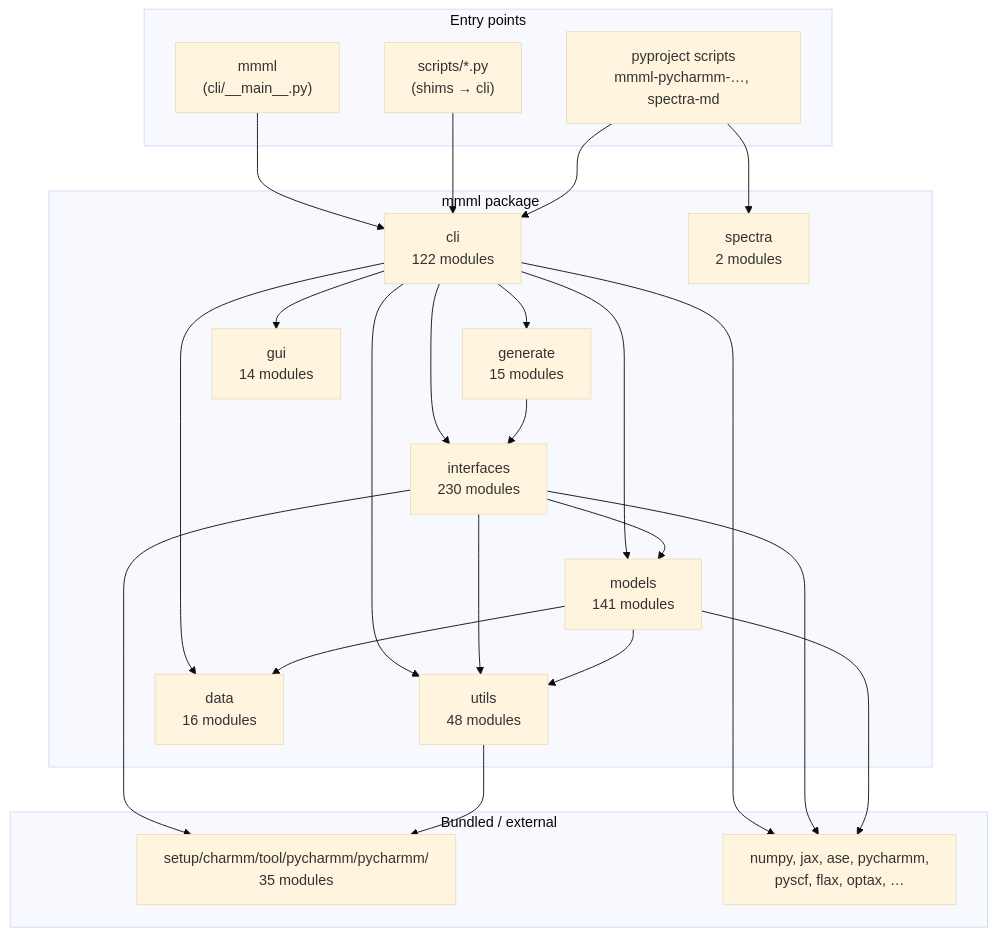
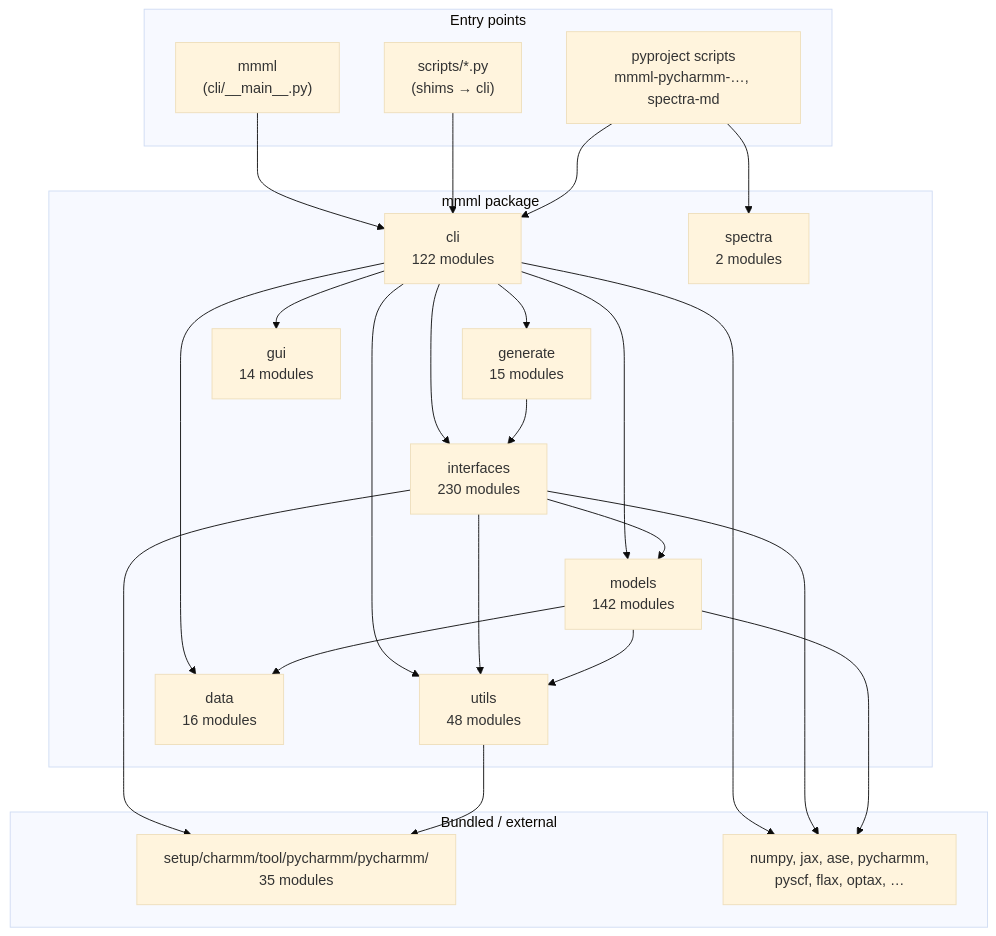
One commit to EricBoittier/mmml changed the first of 8 diagrams in docs/package-architecture.md. Above: the diagram before and after it, drawn with Mermaid (base theme). The commit also changed 8 other files, not shown here.

````diff
--- a/docs/package-architecture.md
+++ b/docs/package-architecture.md
@@ -13,48 +13,48 @@
 ```mermaid
 flowchart TB
   subgraph entry["Entry points"]
     MMML["mmml\n(cli/__main__.py)"]
     SCRIPTS["scripts/*.py\n(shims → cli)"]
     PKG["pyproject scripts\nmmml-pycharmm-…, spectra-md"]
   end
 
   subgraph mmml_pkg["mmml package"]
     CLI["cli\n122 modules"]
     IFACE["interfaces\n230 modules"]
-    MODELS["models\n141 modules"]
+    MODELS["models\n142 modules"]
     UTILS["utils\n48 modules"]
     DATA["data\n16 modules"]
     GEN["generate\n15 modules"]
     GUI["gui\n14 modules"]
     SPEC["spectra\n2 modules"]
   end
 
   subgraph vendor["Bundled / external"]
     PYCH["setup/charmm/tool/pycharmm/pycharmm/\n35 modules"]
     EXT["numpy, jax, ase, pycharmm,\npyscf, flax, optax, …"]
   end
 
   MMML --> CLI
   SCRIPTS --> CLI
   PKG --> CLI
   PKG --> SPEC
 
   CLI --> IFACE
   CLI --> MODELS
   CLI --> DATA
   CLI --> UTILS
   CLI --> GEN
   CLI --> GUI
 
   IFACE --> MODELS
   IFACE --> UTILS
   IFACE --> PYCH
   MODELS --> UTILS
   MODELS --> DATA
   UTILS --> PYCH
   GEN --> IFACE
 
   CLI --> EXT
   IFACE --> EXT
   MODELS --> EXT
 ```
````
